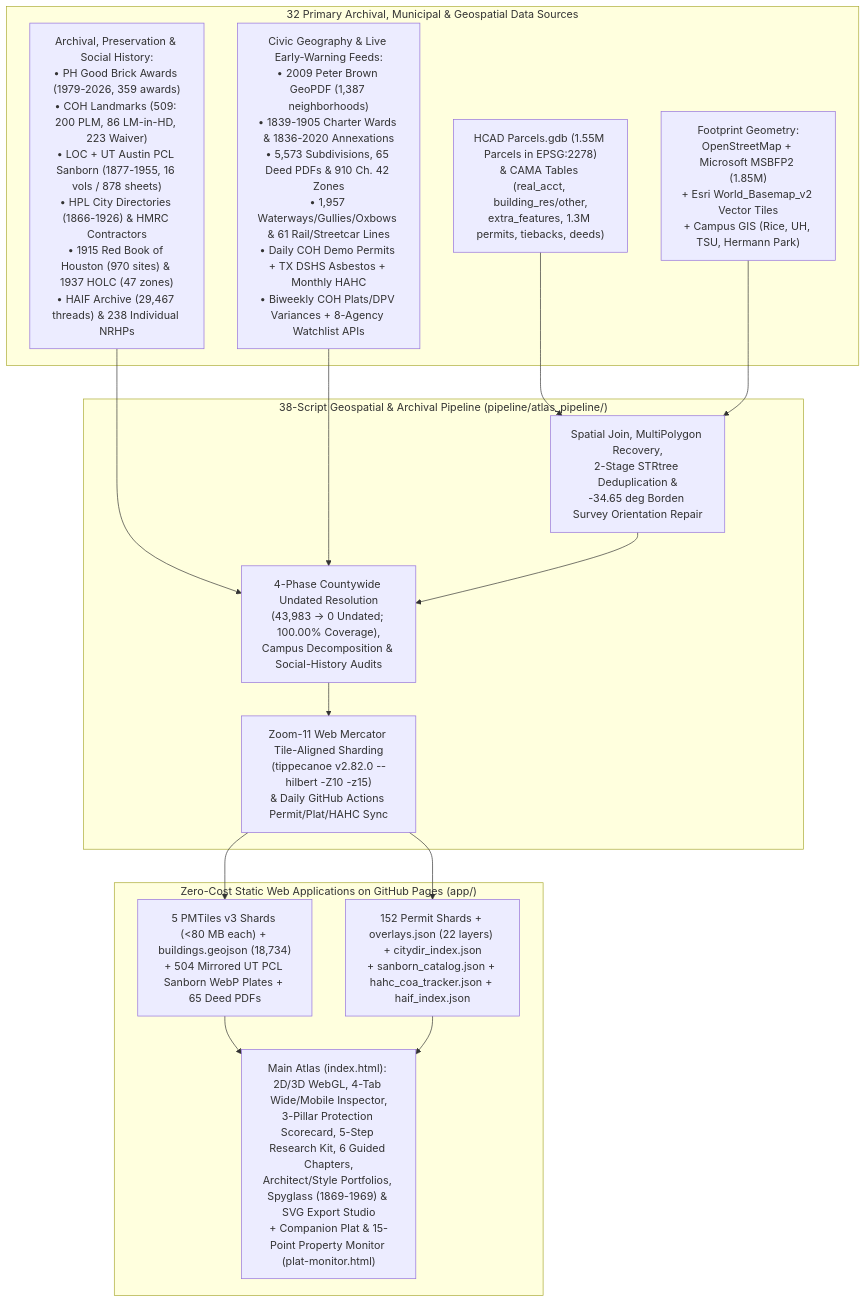
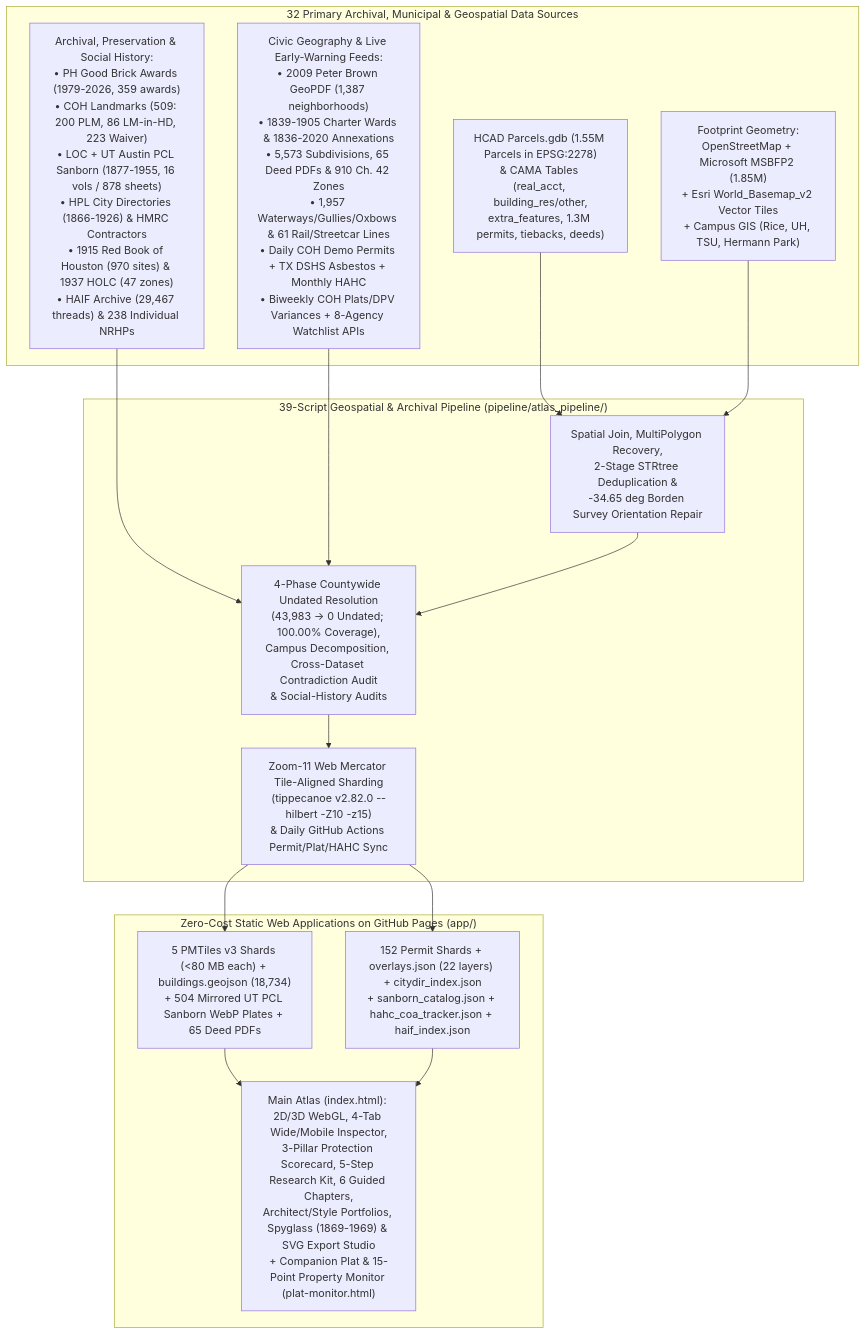
One commit to davemorris-gcp/houston-building-atlas changed the diagram in README.md. Above: the diagram before and after it, drawn with Mermaid. The commit also changed other lines of this file and 34 other files, not shown here.

````diff
--- a/README.md
+++ b/README.md
@@ -19,26 +19,26 @@
 ```mermaid
 flowchart TD
     subgraph Sources["32 Primary Archival, Municipal & Geospatial Data Sources"]
         S1["HCAD Parcels.gdb (1.55M Parcels in EPSG:2278)\n& CAMA Tables (real_acct, building_res/other,\nextra_features, 1.3M permits, tiebacks, deeds)"]
         S2["Footprint Geometry:\nOpenStreetMap + Microsoft MSBFP2 (1.85M)\n+ Esri World_Basemap_v2 Vector Tiles\n+ Campus GIS (Rice, UH, TSU, Hermann Park)"]
         S3["Archival, Preservation & Social History:\n• PH Good Brick Awards (1979-2026, 359 awards)\n• COH Landmarks (509: 200 PLM, 86 LM-in-HD, 223 Waiver)\n• LOC + UT Austin PCL Sanborn (1877-1955, 16 vols / 878 sheets)\n• HPL City Directories (1866-1926) & HMRC Contractors\n• 1915 Red Book of Houston (970 sites) & 1937 HOLC (47 zones)\n• HAIF Archive (29,467 threads) & 238 Individual NRHPs"]
         S4["Civic Geography & Live Early-Warning Feeds:\n• 2009 Peter Brown GeoPDF (1,387 neighborhoods)\n• 1839-1905 Charter Wards & 1836-2020 Annexations\n• 5,573 Subdivisions, 65 Deed PDFs & 910 Ch. 42 Zones\n• 1,957 Waterways/Gullies/Oxbows & 61 Rail/Streetcar Lines\n• Daily COH Demo Permits + TX DSHS Asbestos + Monthly HAHC\n• Biweekly COH Plats/DPV Variances + 8-Agency Watchlist APIs"]
     end
 
-    subgraph Pipeline["38-Script Geospatial & Archival Pipeline (pipeline/atlas_pipeline/)"]
+    subgraph Pipeline["39-Script Geospatial & Archival Pipeline (pipeline/atlas_pipeline/)"]
         P1["Spatial Join, MultiPolygon Recovery,\n2-Stage STRtree Deduplication &\n-34.65 deg Borden Survey Orientation Repair"]
-        P2["4-Phase Countywide Undated Resolution\n(43,983 -> 0 Undated; 100.00% Coverage),\nCampus Decomposition & Social-History Audits"]
+        P2["4-Phase Countywide Undated Resolution\n(43,983 -> 0 Undated; 100.00% Coverage),\nCampus Decomposition, Cross-Dataset Contradiction Audit\n& Social-History Audits"]
         P3["Zoom-11 Web Mercator Tile-Aligned Sharding\n(tippecanoe v2.82.0 --hilbert -Z10 -z15)\n& Daily GitHub Actions Permit/Plat/HAHC Sync"]
     end
 
     subgraph App["Zero-Cost Static Web Applications on GitHub Pages (app/)"]
         A1["5 PMTiles v3 Shards (<80 MB each) + buildings.geojson (18,734)\n+ 504 Mirrored UT PCL Sanborn WebP Plates + 65 Deed PDFs"]
         A2["152 Permit Shards + overlays.json (22 layers) + citydir_index.json\n+ sanborn_catalog.json + hahc_coa_tracker.json + haif_index.json"]
         A3["Main Atlas (index.html): 2D/3D WebGL, 4-Tab Wide/Mobile Inspector,\n3-Pillar Protection Scorecard, 5-Step Research Kit, 6 Guided Chapters,\nArchitect/Style Portfolios, Spyglass (1869-1969) & SVG Export Studio\n+ Companion Plat & 15-Point Property Monitor (plat-monitor.html)"]
     end
 
     S1 & S2 --> P1
     S3 & S4 --> P2
     P1 --> P2 --> P3
     P3 --> A1 & A2 --> A3
 ```
````
